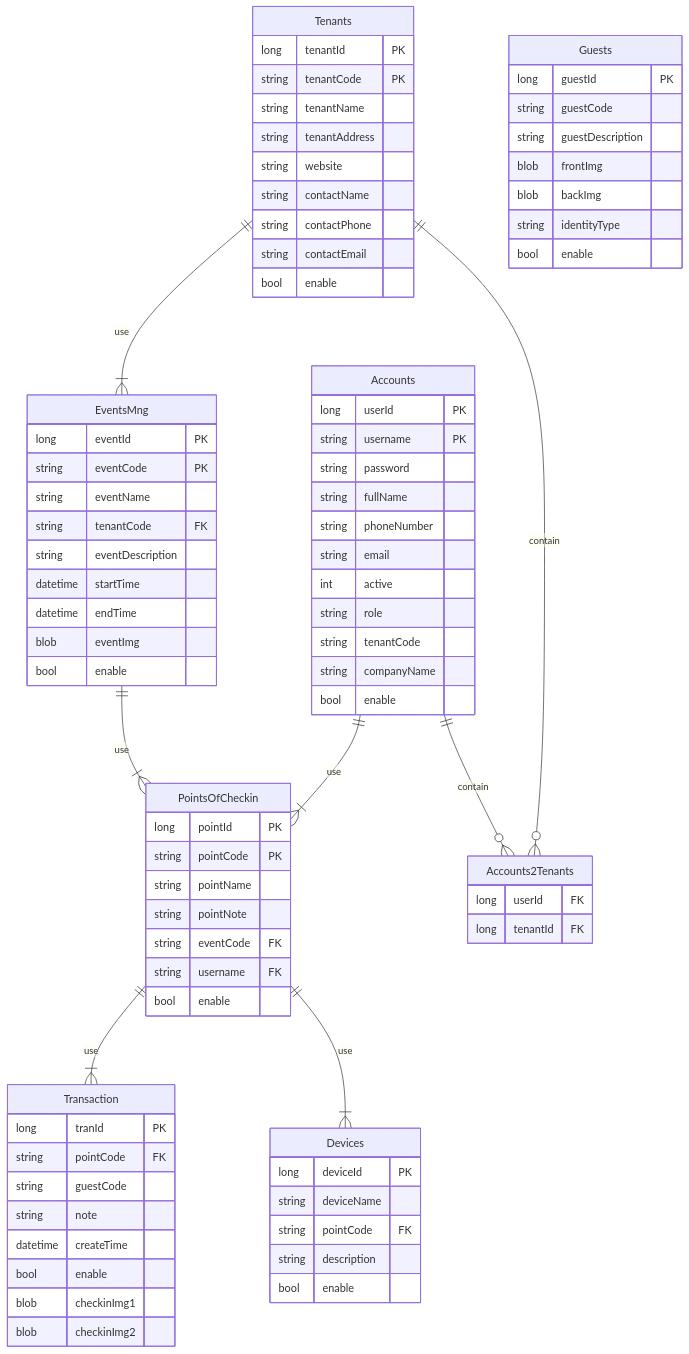
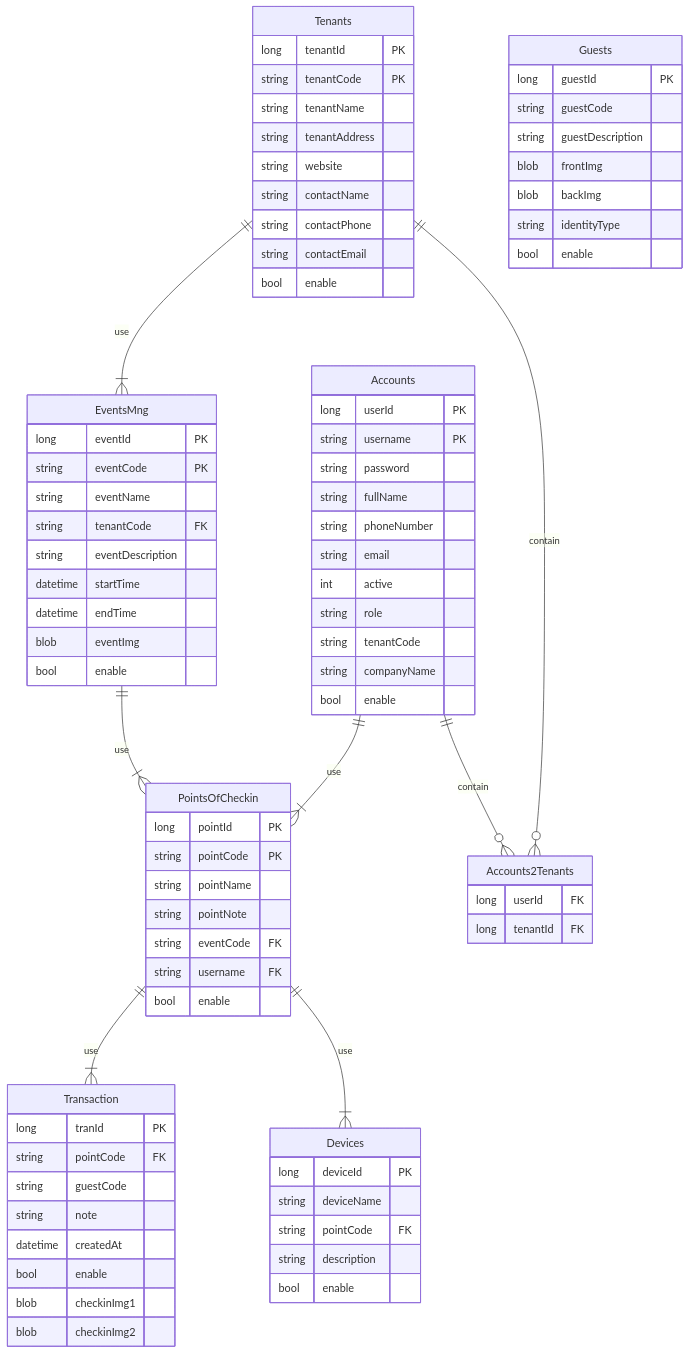
Before and after one commit to lehahung2k/checkin-system-server: the diagram in DatabaseDesign.md, drawn with Mermaid. The commit also changed 3 other files, not shown here.

```diff
--- a/DatabaseDesign.md
+++ b/DatabaseDesign.md
@@ -81,7 +81,7 @@
         string pointCode FK
         string guestCode
         string note
-        datetime createTime
+        datetime createdAt
         bool enable
         blob checkinImg1
         blob checkinImg2
```
